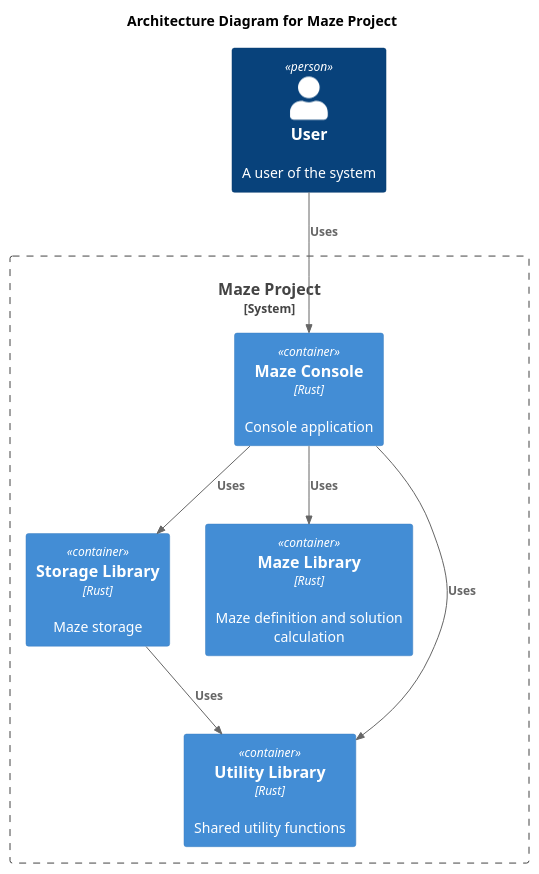
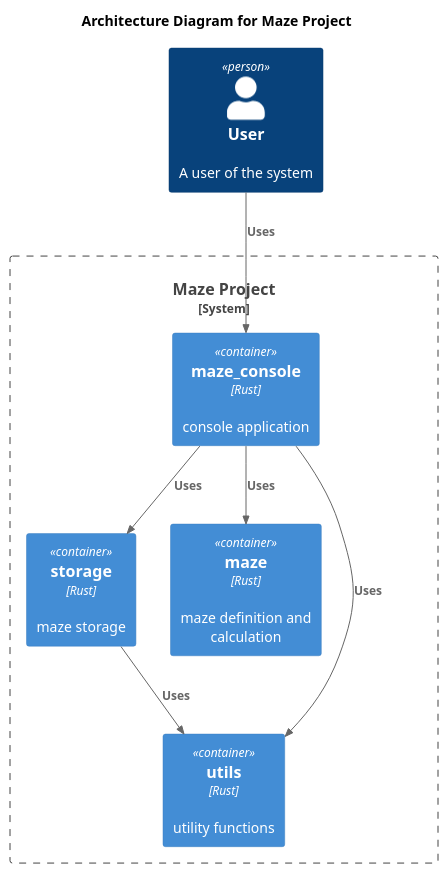
Before and after one commit to budgiedownunder/maze: the diagram in docs/diagrams/architecture.puml, drawn with PlantUML.

Commit message:
Further architecture diagram updates

```diff
--- a/docs/diagrams/architecture.puml
+++ b/docs/diagrams/architecture.puml
@@ -1,20 +1,20 @@
 @startuml
 
 !include https://raw.githubusercontent.com/plantuml-stdlib/C4-PlantUML/master/C4_Container.puml
 
 title Architecture Diagram for Maze Project
 
 Person(user, "User", "A user of the system")
 System_Boundary(c1, "Maze Project") {
-    Container(console_app, "Maze Console", "Rust", "Console application")
-    Container(storage_library, "Storage Library", "Rust", "Maze storage")
-    Container(maze_library, "Maze Library", "Rust", "Maze definition and solution calculation")
-    Container(utils_library, "Utility Library", "Rust", "Shared utility functions")
+    Container(maze_console, "maze_console", "Rust", "console application")
+    Container(storage, "storage", "Rust", "maze storage")
+    Container(maze, "maze", "Rust", "maze definition and calculation")
+    Container(utils, "utils", "Rust", "utility functions")
 }
 
-Rel(user, console_app, "Uses")
-Rel(console_app, maze_library, "Uses")
-Rel(console_app, storage_library, "Uses")
-Rel(console_app, utils_library, "Uses")
-Rel(storage_library, utils_library, "Uses")
+Rel(user, maze_console, "Uses")
+Rel(maze_console, maze, "Uses")
+Rel(maze_console, storage, "Uses")
+Rel(maze_console, utils, "Uses")
+Rel(storage, utils, "Uses")
 @enduml
```
